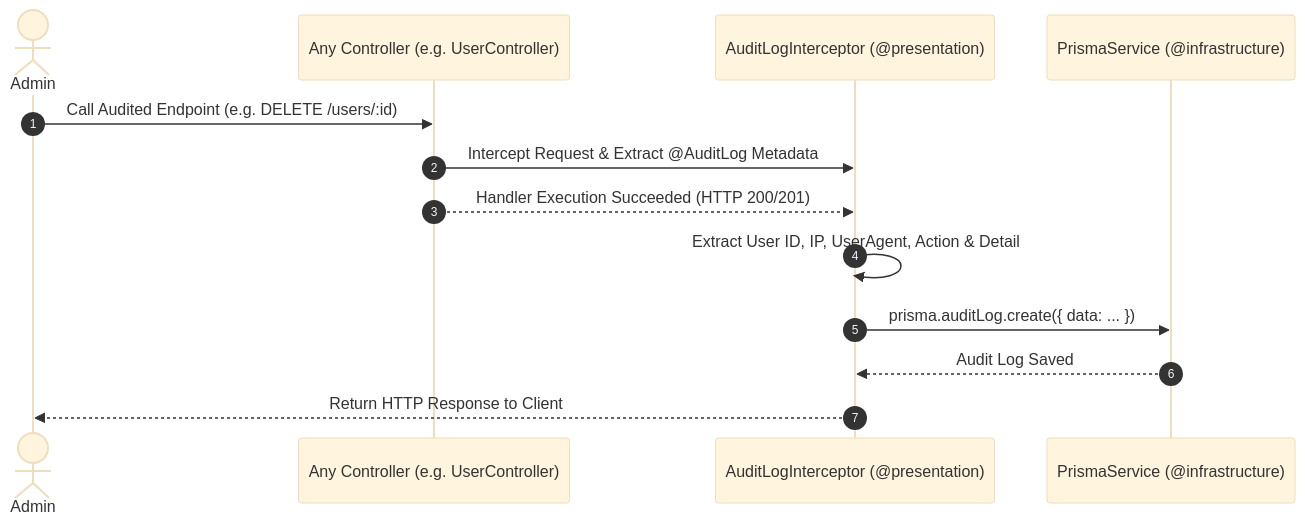
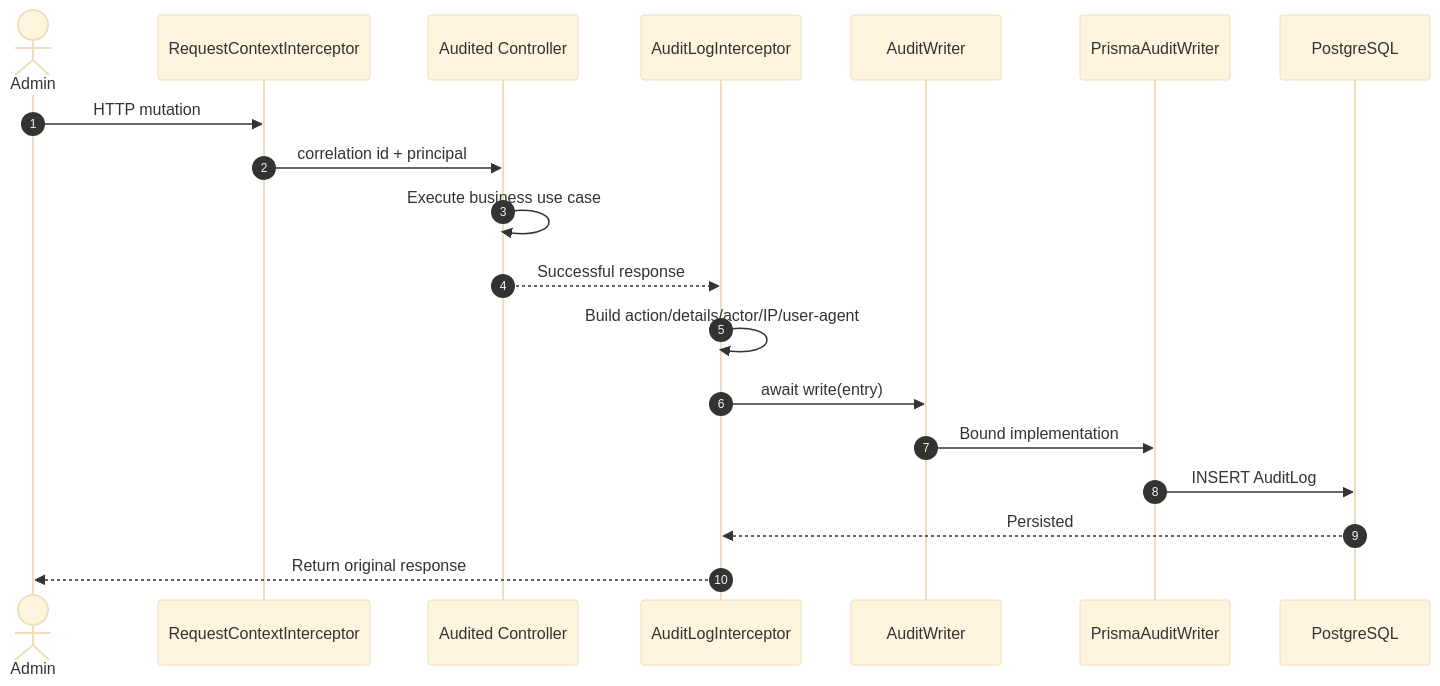
The diagram in apps/server/src/contexts/audit/README.md (8eyond-Infinite/turborepo-advanced-starter), drawn with Mermaid (base theme) before and after one commit. The commit also changed other lines of this file and 209 other files, not shown here.

````diff
--- a/apps/server/src/contexts/audit/README.md
+++ b/apps/server/src/contexts/audit/README.md
@@ -28,16 +38,22 @@
 ```mermaid
 sequenceDiagram
     autonumber
     actor Admin
-    participant Ctrl as Any Controller (e.g. UserController)
-    participant Interceptor as AuditLogInterceptor (@presentation)
-    participant Prisma as PrismaService (@infrastructure)
+    participant Context as RequestContextInterceptor
+    participant Controller as Audited Controller
+    participant Audit as AuditLogInterceptor
+    participant Port as AuditWriter
+    participant Adapter as PrismaAuditWriter
+    participant DB as PostgreSQL
 
-    Admin->>Ctrl: Call Audited Endpoint (e.g. DELETE /users/:id)
-    Ctrl->>Interceptor: Intercept Request & Extract @AuditLog Metadata
-    Ctrl-->>Interceptor: Handler Execution Succeeded (HTTP 200/201)
-    Interceptor->>Interceptor: Extract User ID, IP, UserAgent, Action & Detail
-    Interceptor->>Prisma: prisma.auditLog.create({ data: ... })
-    Prisma-->>Interceptor: Audit Log Saved
-    Interceptor-->>Admin: Return HTTP Response to Client
+    Admin->>Context: HTTP mutation
+    Context->>Controller: correlation id + principal
+    Controller->>Controller: Execute business use case
+    Controller-->>Audit: Successful response
+    Audit->>Audit: Build action/details/actor/IP/user-agent
+    Audit->>Port: await write(entry)
+    Port->>Adapter: Bound implementation
+    Adapter->>DB: INSERT AuditLog
+    DB-->>Audit: Persisted
+    Audit-->>Admin: Return original response
 ```
````
